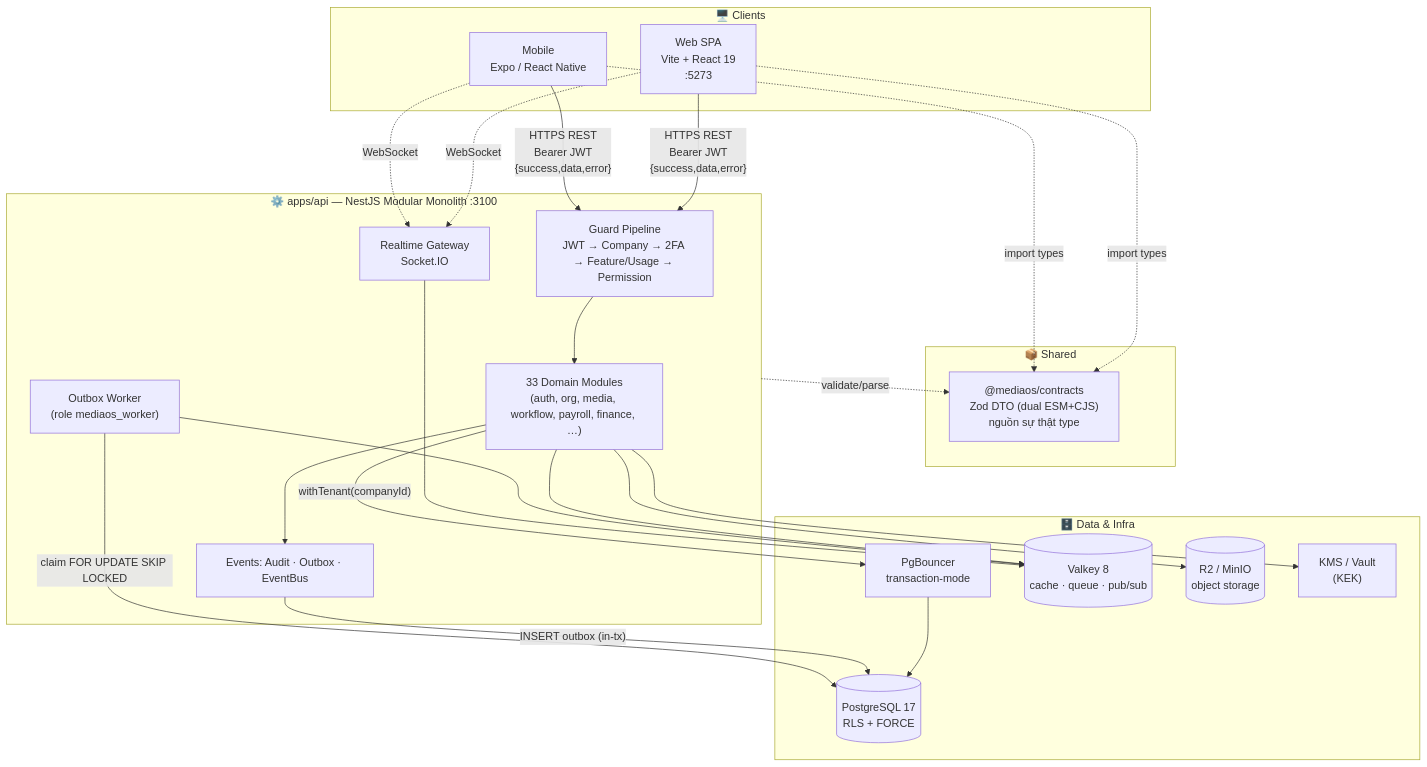
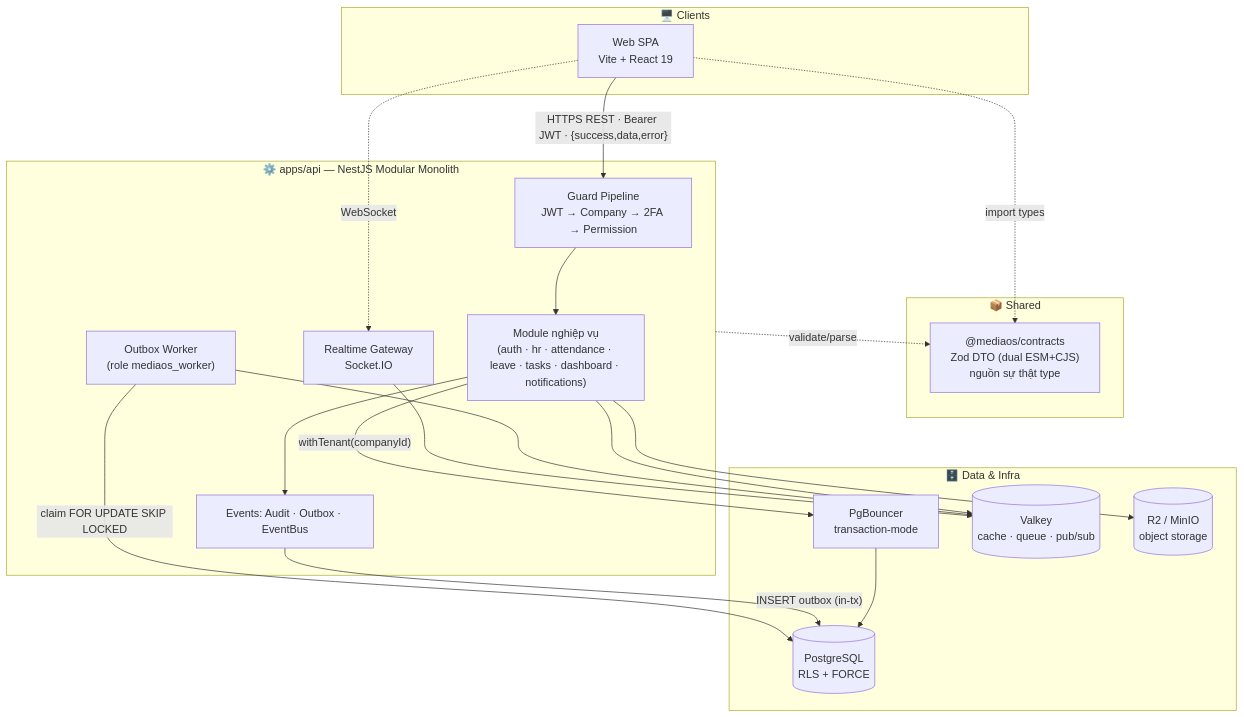
The first of 7 diagrams in docs/SYSTEM-DESIGN.md (nguyencanhqk/mediaos), drawn with Mermaid before and after one commit. The commit also changed other lines of this file and 194 other files, not shown here.

````diff
--- a/docs/SYSTEM-DESIGN.md
+++ b/docs/SYSTEM-DESIGN.md
@@ -78,42 +62,34 @@
 ```mermaid
 flowchart TB
     subgraph Clients["🖥️ Clients"]
-        WEB["Web SPA<br/>Vite + React 19<br/>:5273"]
-        MOB["Mobile<br/>Expo / React Native"]
+        WEB["Web SPA<br/>Vite + React 19"]
     end
-
     subgraph Shared["📦 Shared"]
         CONTRACTS["@mediaos/contracts<br/>Zod DTO (dual ESM+CJS)<br/>nguồn sự thật type"]
     end
-
-    subgraph API["⚙️ apps/api — NestJS Modular Monolith :3100"]
-        GUARDS["Guard Pipeline<br/>JWT → Company → 2FA → Feature/Usage → Permission"]
-        MODULES["33 Domain Modules<br/>(auth, org, media, workflow, payroll, finance, …)"]
+    subgraph API["⚙️ apps/api — NestJS Modular Monolith"]
+        GUARDS["Guard Pipeline<br/>JWT → Company → 2FA → Permission"]
+        MODULES["Module nghiệp vụ<br/>(auth · hr · attendance · leave · tasks · dashboard · notifications)"]
         EVENTS["Events: Audit · Outbox · EventBus"]
         WORKER["Outbox Worker<br/>(role mediaos_worker)"]
         WS["Realtime Gateway<br/>Socket.IO"]
     end
-
     subgraph Data["🗄️ Data & Infra"]
         PGB["PgBouncer<br/>transaction-mode"]
-        PG[("PostgreSQL 17<br/>RLS + FORCE")]
-        VALKEY[("Valkey 8<br/>cache · queue · pub/sub")]
+        PG[("PostgreSQL<br/>RLS + FORCE")]
+        VALKEY[("Valkey<br/>cache · queue · pub/sub")]
         S3[("R2 / MinIO<br/>object storage")]
-        KMS["KMS / Vault<br/>(KEK)"]
     end
-
-    WEB & MOB -->|"HTTPS REST<br/>Bearer JWT<br/>{success,data,error}"| GUARDS
-    WEB & MOB -.->|"WebSocket"| WS
-    WEB & MOB -.->|"import types"| CONTRACTS
+    WEB -->|"HTTPS REST · Bearer JWT · {success,data,error}"| GUARDS
+    WEB -.->|"WebSocket"| WS
+    WEB -.->|"import types"| CONTRACTS
     API -.->|"validate/parse"| CONTRACTS
-
     GUARDS --> MODULES --> EVENTS
     MODULES -->|"withTenant(companyId)"| PGB --> PG
     MODULES --> VALKEY
     MODULES --> S3
-    MODULES --> KMS
     EVENTS -->|"INSERT outbox (in-tx)"| PG
     WORKER -->|"claim FOR UPDATE SKIP LOCKED"| PG
     WORKER --> VALKEY
     WS --> VALKEY
 ```
````
